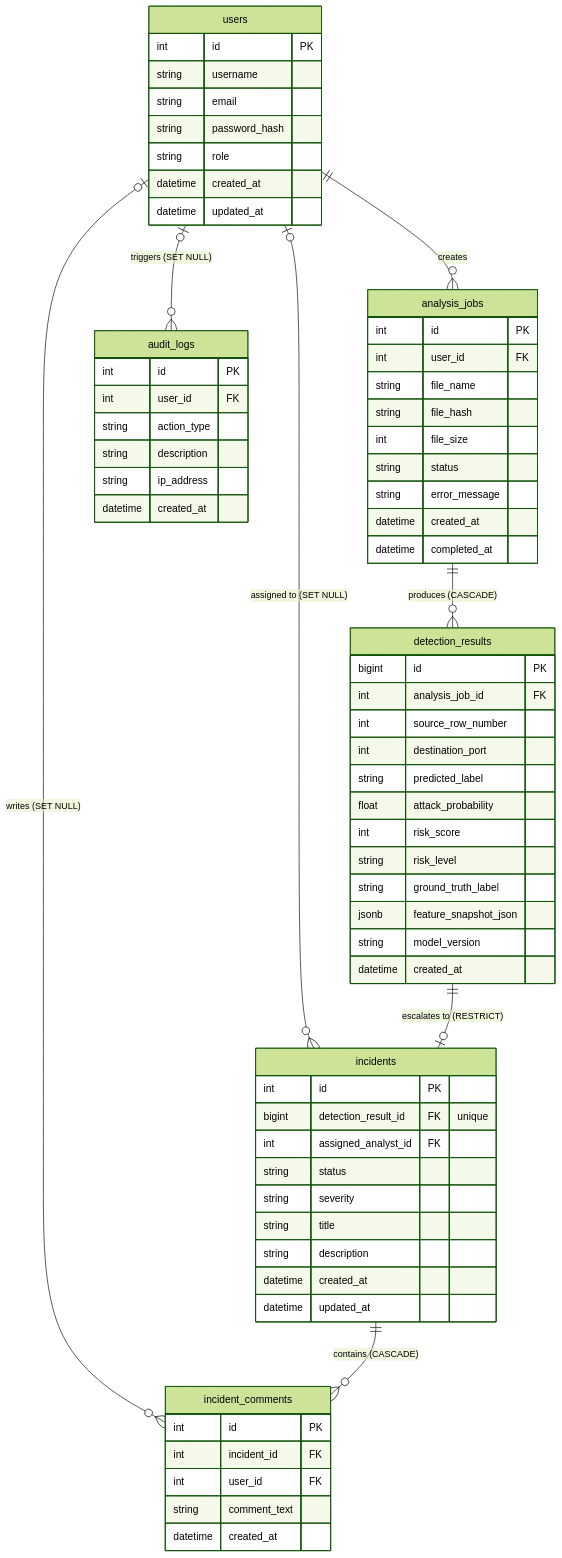
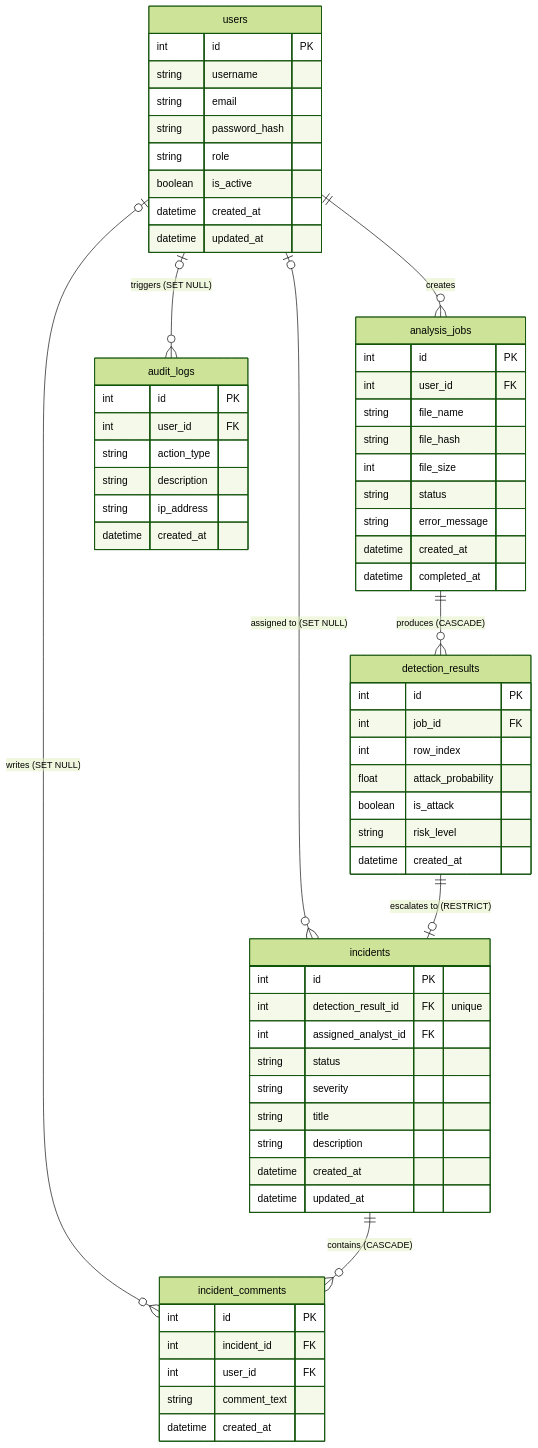
One commit to mustafaemre027/securewatch-ai changed the diagram in docs/architecture/03-database-design.md. Above: the diagram before and after it, drawn with Mermaid (forest theme). The commit also changed other lines of this file and 2 other files, not shown here.

Commit message:
docs(architecture): align final system documentation

````diff
--- a/docs/architecture/03-database-design.md
+++ b/docs/architecture/03-database-design.md
@@ -11,76 +11,72 @@
 ```mermaid
 erDiagram
     users {
         int id PK
         string username
         string email
         string password_hash
         string role
+        boolean is_active
         datetime created_at
         datetime updated_at
     }
 
     analysis_jobs {
         int id PK
         int user_id FK
         string file_name
         string file_hash
         int file_size
         string status
         string error_message
         datetime created_at
         datetime completed_at
     }
 
     detection_results {
-        bigint id PK
-        int analysis_job_id FK
-        int source_row_number
-        int destination_port
-        string predicted_label
+        int id PK
+        int job_id FK
+        int row_index
         float attack_probability
-        int risk_score
+        boolean is_attack
         string risk_level
-        string ground_truth_label
-        jsonb feature_snapshot_json
-        string model_version
         datetime created_at
     }
 
     incidents {
         int id PK
-        bigint detection_result_id FK "unique"
+        int detection_result_id FK "unique"
         int assigned_analyst_id FK
         string status
         string severity
         string title
         string description
         datetime created_at
         datetime updated_at
     }
 
     incident_comments {
         int id PK
         int incident_id FK
         int user_id FK
         string comment_text
         datetime created_at
     }
 
     audit_logs {
         int id PK
         int user_id FK
         string action_type
         string description
         string ip_address
         datetime created_at
     }
 
     users ||--o{ analysis_jobs : "creates"
     users |o--o{ audit_logs : "triggers (SET NULL)"
     users |o--o{ incidents : "assigned to (SET NULL)"
     users |o--o{ incident_comments : "writes (SET NULL)"
     analysis_jobs ||--o{ detection_results : "produces (CASCADE)"
     detection_results ||--o| incidents : "escalates to (RESTRICT)"
     incidents ||--o{ incident_comments : "contains (CASCADE)"
 ```
````
